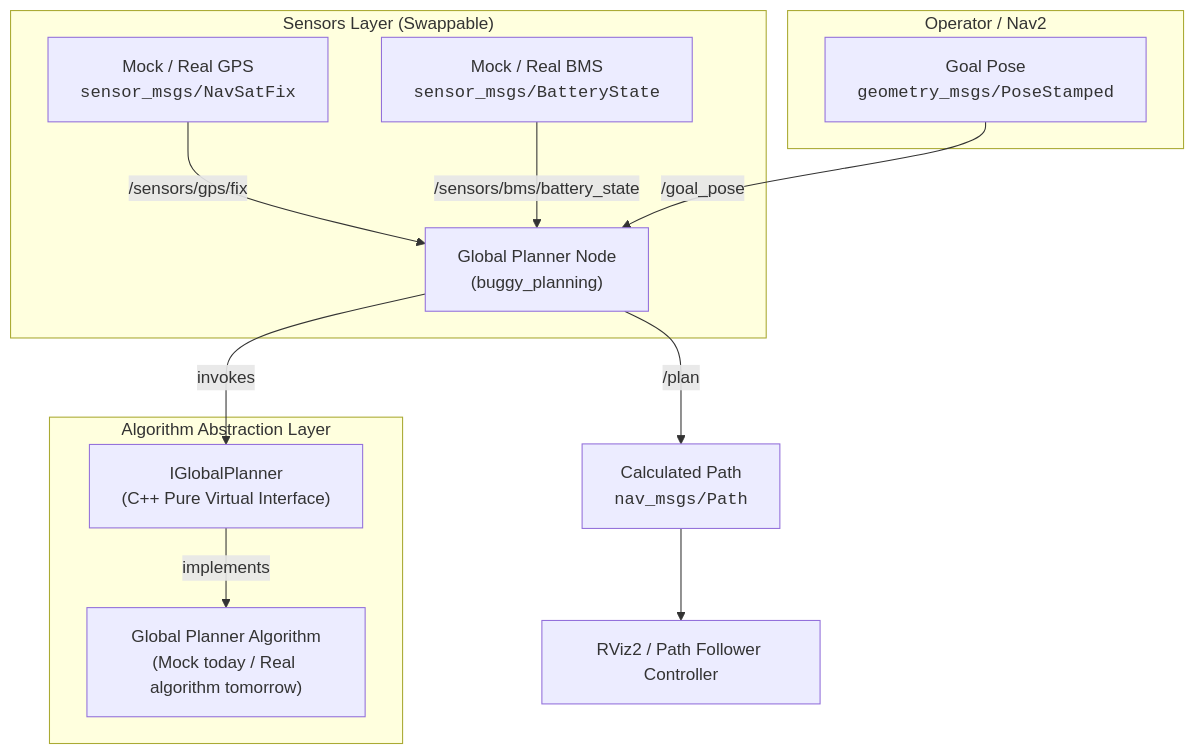
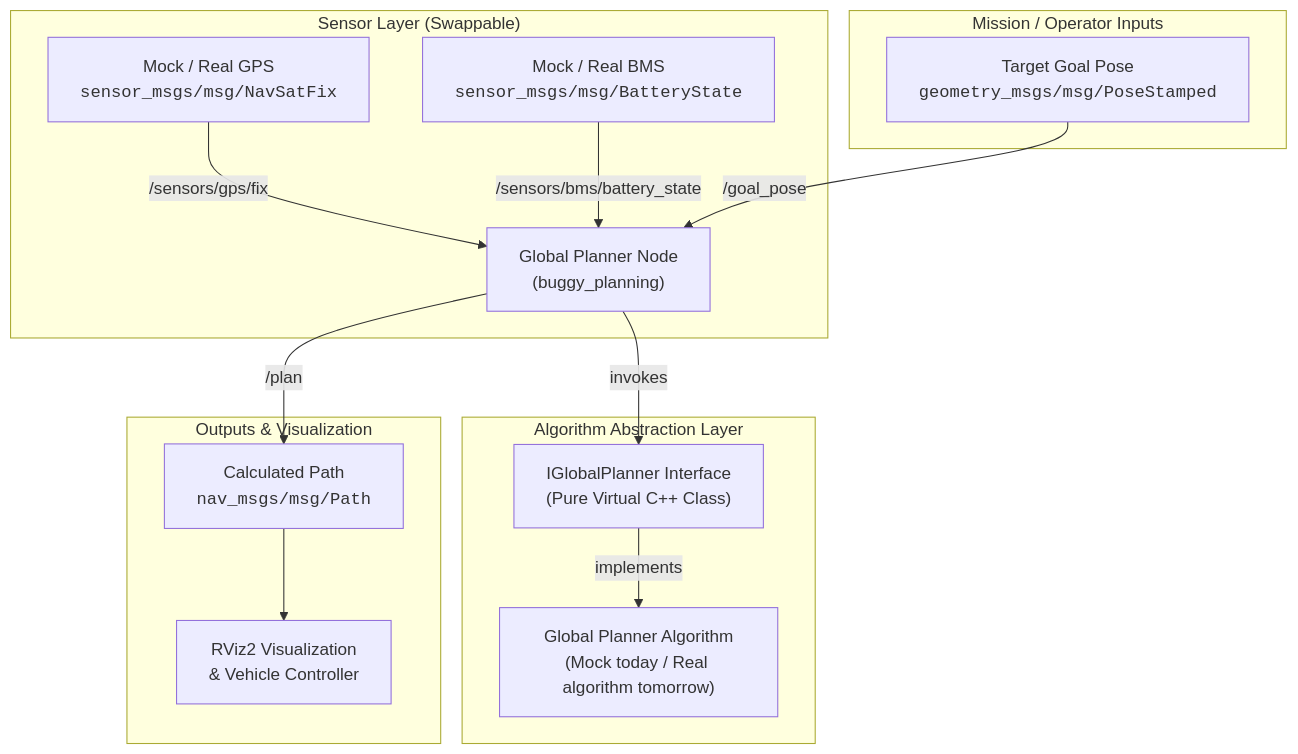
One commit to VJ-2303/autonomous-buggy-ros2 changed the diagram in README.md. Above: the diagram before and after it, drawn with Mermaid. The commit also changed other lines of this file and 3 other files, not shown here.

````diff
--- a/README.md
+++ b/README.md
@@ -9,19 +21,21 @@
 ```mermaid
 graph TD
-    subgraph Sensors ["Sensors Layer (Swappable)"]
-        GPS["Mock / Real GPS<br><code>sensor_msgs/NavSatFix</code>"] -->|/sensors/gps/fix| GP["Global Planner Node<br>(buggy_planning)"]
-        BMS["Mock / Real BMS<br><code>sensor_msgs/BatteryState</code>"] -->|/sensors/bms/battery_state| GP
+    subgraph Sensors ["Sensor Layer (Swappable)"]
+        GPS["Mock / Real GPS<br><code>sensor_msgs/msg/NavSatFix</code>"] -->|/sensors/gps/fix| PlannerNode["Global Planner Node<br>(buggy_planning)"]
+        BMS["Mock / Real BMS<br><code>sensor_msgs/msg/BatteryState</code>"] -->|/sensors/bms/battery_state| PlannerNode
     end
 
-    subgraph Operator ["Operator / Nav2"]
-        Goal["Goal Pose<br><code>geometry_msgs/PoseStamped</code>"] -->|/goal_pose| GP
+    subgraph Inputs ["Mission / Operator Inputs"]
+        Goal["Target Goal Pose<br><code>geometry_msgs/msg/PoseStamped</code>"] -->|/goal_pose| PlannerNode
     end
 
-    subgraph Abstraction ["Algorithm Abstraction Layer"]
-        GP -->|invokes| IPlanner["IGlobalPlanner<br>(C++ Pure Virtual Interface)"]
-        IPlanner -->|implements| Alg["Global Planner Algorithm<br>(Mock today / Real algorithm tomorrow)"]
+    subgraph Core ["Algorithm Abstraction Layer"]
+        PlannerNode -->|invokes| Interface["IGlobalPlanner Interface<br>(Pure Virtual C++ Class)"]
+        Interface -->|implements| Alg["Global Planner Algorithm<br>(Mock today / Real algorithm tomorrow)"]
     end
 
-    GP -->|/plan| Route["Calculated Path<br><code>nav_msgs/Path</code>"]
-    Route --> RViz["RViz2 / Path Follower Controller"]
+    subgraph Outputs ["Outputs & Visualization"]
+        PlannerNode -->|/plan| Path["Calculated Path<br><code>nav_msgs/msg/Path</code>"]
+        Path --> RViz["RViz2 Visualization<br>& Vehicle Controller"]
+    end
 ```
````
